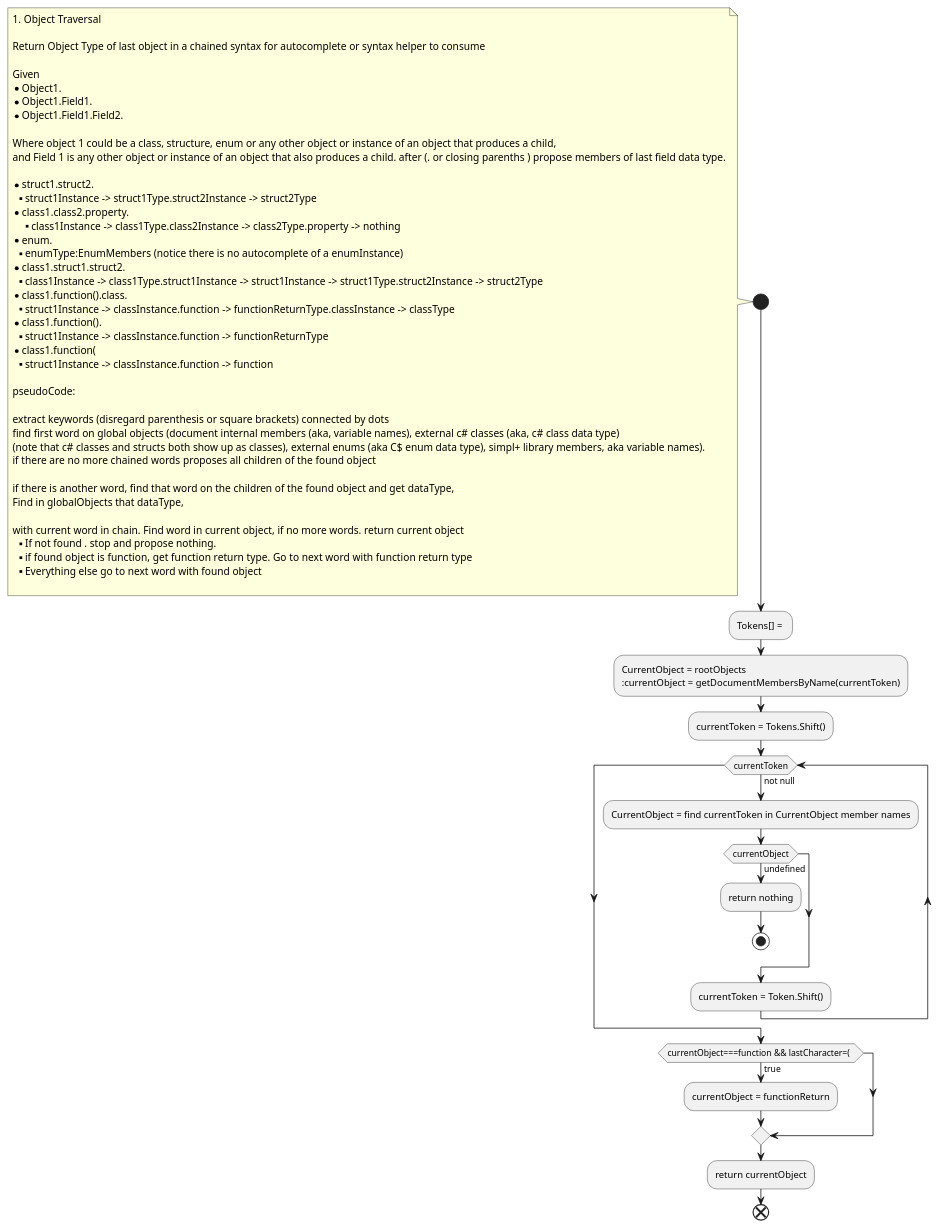
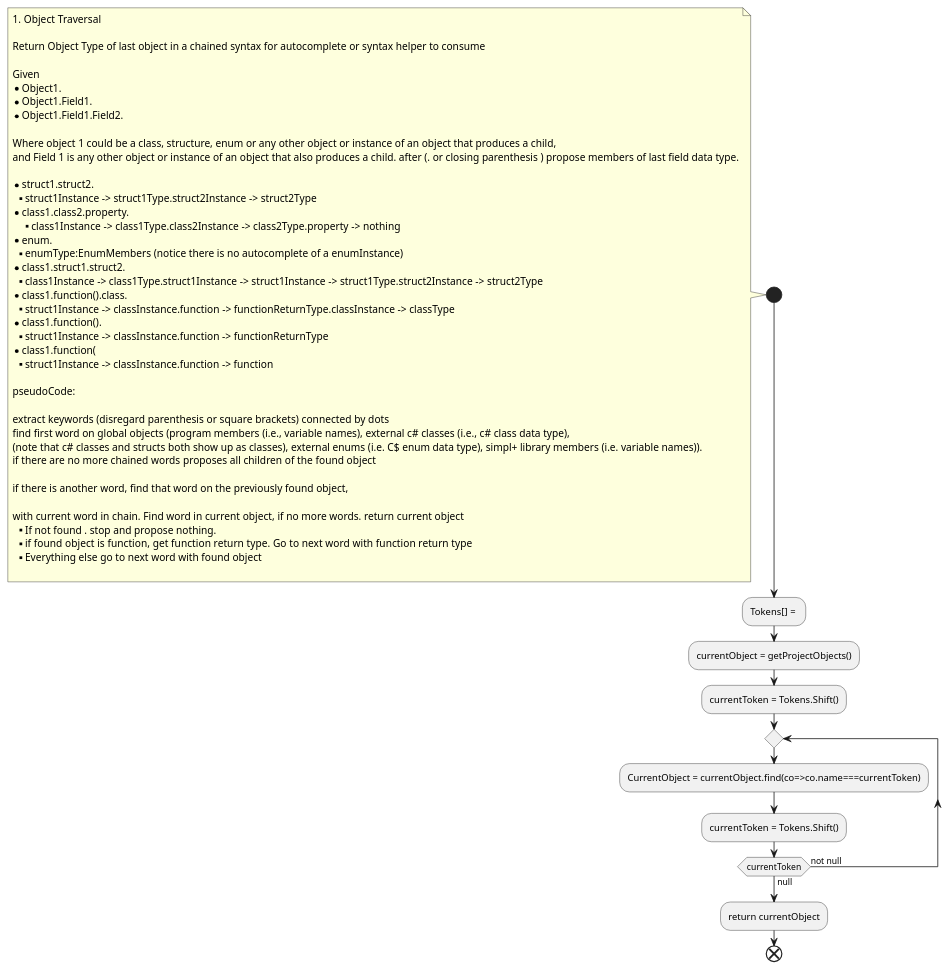
Before and after one commit to alvaroyurrita/vscode-crestron-splus: the diagram in UML/AutoComplete/ObjectTraversal.puml, drawn with PlantUML. The commit also changed 22 other files, not shown here.

```diff
--- a/UML/AutoComplete/ObjectTraversal.puml
+++ b/UML/AutoComplete/ObjectTraversal.puml
@@ -1,69 +1,59 @@
 @startuml ObjectTraversal
 
 start
 note left
     # Object Traversal
 
     Return Object Type of last object in a chained syntax for autocomplete or syntax helper to consume
 
     Given
     * Object1.
     * Object1.Field1.
     * Object1.Field1.Field2.
 
     Where object 1 could be a class, structure, enum or any other object or instance of an object that produces a child,
-    and Field 1 is any other object or instance of an object that also produces a child. after (. or closing parenths ) propose members of last field data type.
+    and Field 1 is any other object or instance of an object that also produces a child. after (. or closing parenthesis ) propose members of last field data type.
 
     * struct1.struct2.
     ** struct1Instance -> struct1Type.struct2Instance -> struct2Type
     * class1.class2.property.
     *** class1Instance -> class1Type.class2Instance -> class2Type.property -> nothing
     * enum.
     ** enumType:EnumMembers (notice there is no autocomplete of a enumInstance)
     * class1.struct1.struct2.
     ** class1Instance -> class1Type.struct1Instance -> struct1Instance -> struct1Type.struct2Instance -> struct2Type
     * class1.function().class.
     ** struct1Instance -> classInstance.function -> functionReturnType.classInstance -> classType
     * class1.function().
     ** struct1Instance -> classInstance.function -> functionReturnType
     * class1.function(
     ** struct1Instance -> classInstance.function -> function
 
     pseudoCode:
 
     extract keywords (disregard parenthesis or square brackets) connected by dots
-    find first word on global objects (document internal members (aka, variable names), external c# classes (aka, c# class data type)
-    (note that c# classes and structs both show up as classes), external enums (aka C$ enum data type), simpl+ library members, aka variable names).
+    find first word on global objects (program members (i.e., variable names), external c# classes (i.e., c# class data type), 
+    (note that c# classes and structs both show up as classes), external enums (i.e. C$ enum data type), simpl+ library members (i.e. variable names)).
     if there are no more chained words proposes all children of the found object
 
-    if there is another word, find that word on the children of the found object and get dataType,
-    Find in globalObjects that dataType,
+    if there is another word, find that word on the previously found object,
 
     with current word in chain. Find word in current object, if no more words. return current object
     ** If not found . stop and propose nothing.
     ** if found object is function, get function return type.  Go to next word with function return type
     ** Everything else go to next word with found object
 
 end note
 :Tokens[] = ;
-:CurrentObject = rootObjects
-:currentObject = getDocumentMembersByName(currentToken);
+:currentObject = getProjectObjects();
 :currentToken = Tokens.Shift();
-while (currentToken) is (not null)
-    :CurrentObject = find currentToken in CurrentObject member names;
-    if (currentObject) then (undefined)
-        :return nothing;
-        stop
-    endif
-    :currentToken = Token.Shift();
-endwhile
-
-if (currentObject===function && lastCharacter=(  ) then (true)
-    :currentObject = functionReturn;
-endif
+repeat 
+:CurrentObject = currentObject.find(co=>co.name===currentToken);
+:currentToken = Tokens.Shift();
+repeat while (currentToken) is (not null) not (null)
 :return currentObject;
 
 end
 
 
 @enduml
```
